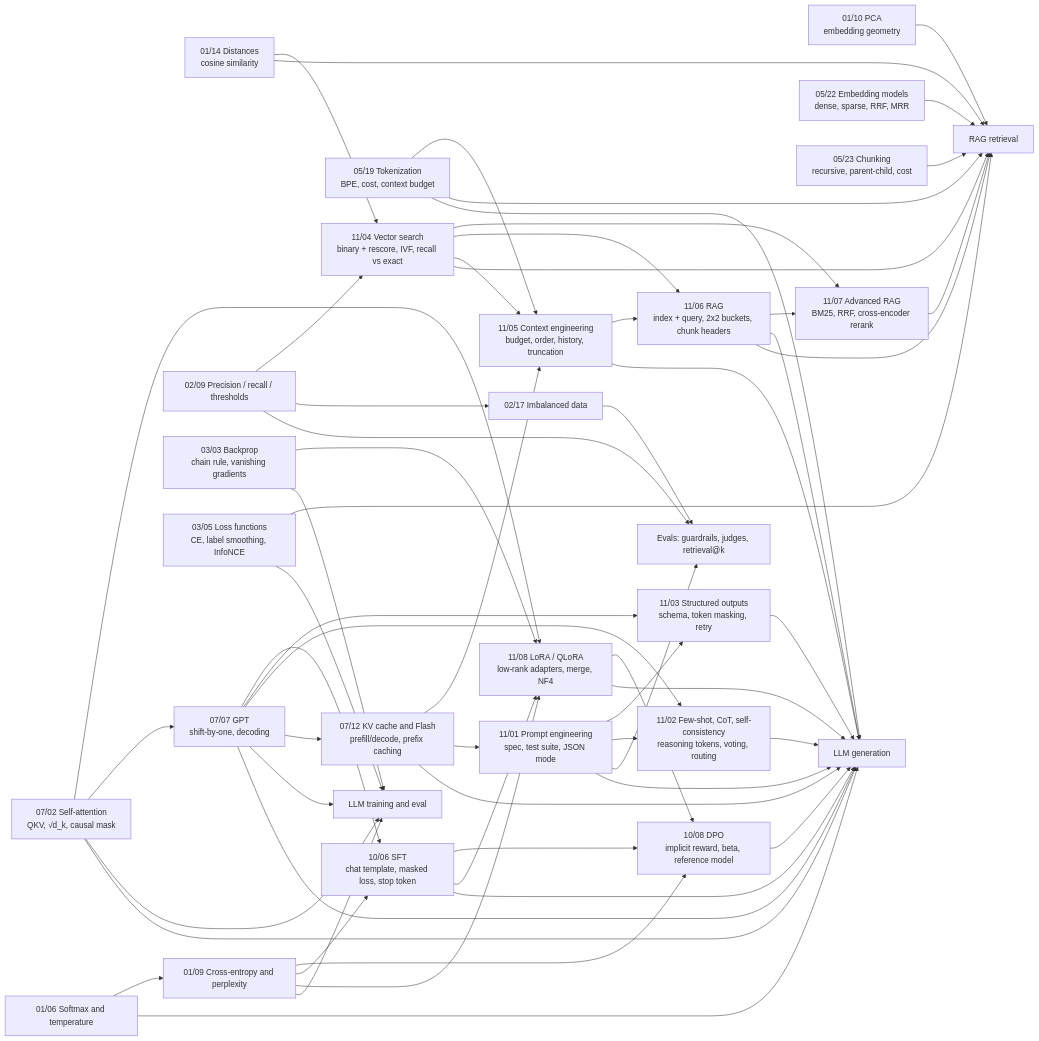
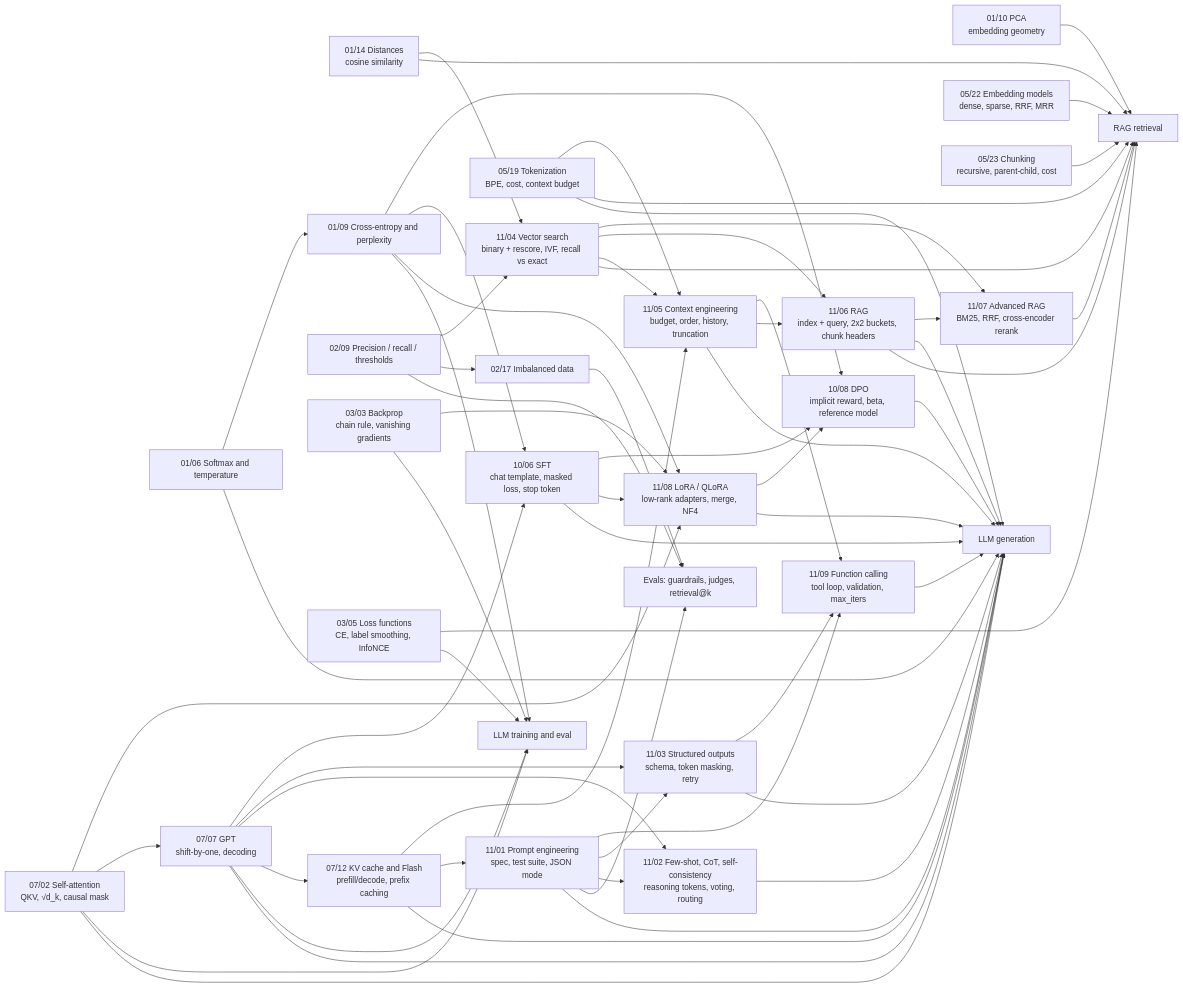
Before and after one commit to XElJayX/ai-engineering-journey: the diagram in notes/README.md, drawn with Mermaid. The commit also changed other lines of this file and 4 other files, not shown here.

Commit message:
Function calling done

````diff
--- a/notes/README.md
+++ b/notes/README.md
@@ -61,60 +62,64 @@
 ```mermaid
 flowchart LR
     A["01/14 Distances<br/>cosine similarity"] --> R["RAG retrieval"]
     B["01/10 PCA<br/>embedding geometry"] --> R
     C["01/06 Softmax and temperature"] --> G["LLM generation"]
     D["01/09 Cross-entropy and perplexity"] --> T["LLM training and eval"]
     C --> D
     E["02/09 Precision / recall / thresholds"] --> V["Evals: guardrails, judges, retrieval@k"]
     F["02/17 Imbalanced data"] --> V
     E --> F
     H["03/03 Backprop<br/>chain rule, vanishing gradients"] --> T
     I["03/05 Loss functions<br/>CE, label smoothing, InfoNCE"] --> T
     I --> R
     J["05/19 Tokenization<br/>BPE, cost, context budget"] --> G
     J --> R
     K["05/22 Embedding models<br/>dense, sparse, RRF, MRR"] --> R
     L["05/23 Chunking<br/>recursive, parent-child, cost"] --> R
     M["07/02 Self-attention<br/>QKV, √d_k, causal mask"] --> G
     M --> T
     N["07/07 GPT<br/>shift-by-one, decoding"] --> G
     N --> T
     M --> N
     O["07/12 KV cache and Flash<br/>prefill/decode, prefix caching"] --> G
     N --> O
     P["11/01 Prompt engineering<br/>spec, test suite, JSON mode"] --> G
     P --> V
     O --> P
     Q["11/02 Few-shot, CoT, self-consistency<br/>reasoning tokens, voting, routing"] --> G
     P --> Q
     N --> Q
     S["11/03 Structured outputs<br/>schema, token masking, retry"] --> G
     P --> S
     N --> S
     U["11/04 Vector search<br/>binary + rescore, IVF, recall vs exact"] --> R
     A --> U
     E --> U
     W["11/05 Context engineering<br/>budget, order, history, truncation"] --> G
     U --> W
     J --> W
     O --> W
     X["11/06 RAG<br/>index + query, 2x2 buckets, chunk headers"] --> R
     X --> G
     U --> X
     W --> X
     Y["11/07 Advanced RAG<br/>BM25, RRF, cross-encoder rerank"] --> R
     X --> Y
     U --> Y
     Z["11/08 LoRA / QLoRA<br/>low-rank adapters, merge, NF4"] --> G
     H --> Z
     M --> Z
     D --> Z
     AA["10/06 SFT<br/>chat template, masked loss, stop token"] --> G
     N --> AA
     D --> AA
     AA --> Z
     AB["10/08 DPO<br/>implicit reward, beta, reference model"] --> G
     AA --> AB
     D --> AB
     Z --> AB
+    AC["11/09 Function calling<br/>tool loop, validation, max_iters"] --> G
+    S --> AC
+    P --> AC
+    W --> AC
 ```
````
